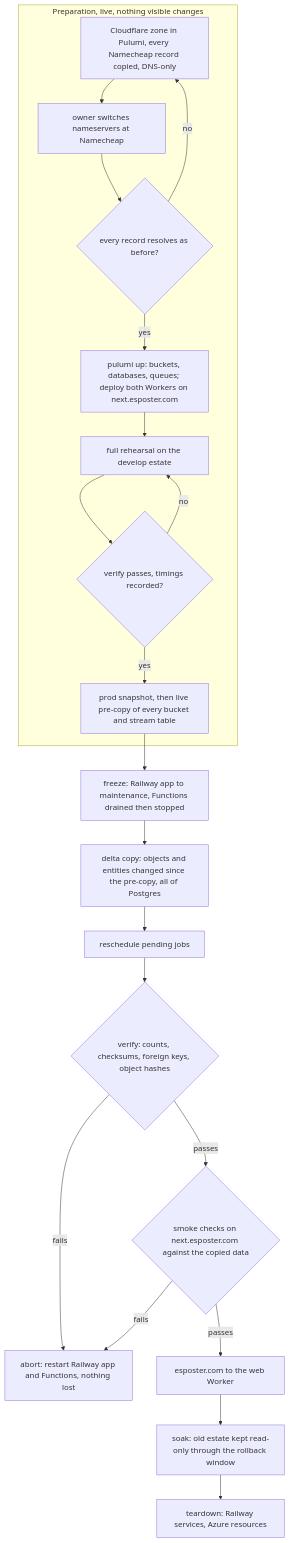
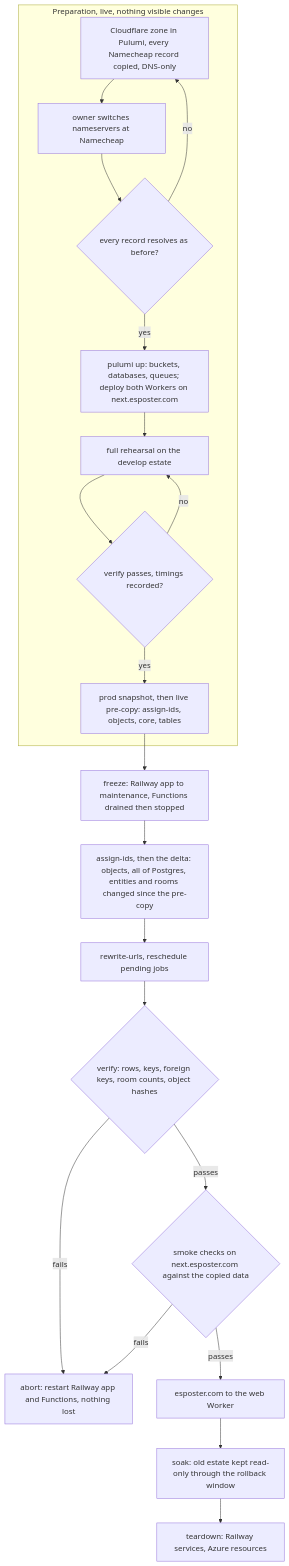
The diagram in openspec/changes/infra-cloudflare-cutover/design.md (Esposter/Esposter), drawn with Mermaid before and after one commit. The commit also changed other lines of this file, not shown here.

First line of the commit message:
docs(openspec): the cutover re-keys ids, re-issues credentials and imports messages into rooms

````diff
--- a/openspec/changes/infra-cloudflare-cutover/design.md
+++ b/openspec/changes/infra-cloudflare-cutover/design.md
@@ -20,23 +21,23 @@
 ```mermaid
 flowchart TD
   subgraph PREP["Preparation, live, nothing visible changes"]
     Z["Cloudflare zone in Pulumi, every Namecheap record copied, DNS-only"] --> NS["owner switches nameservers at Namecheap"]
     NS --> NSV{"every record resolves as before?"}
     NSV -->|"no"| Z
     NSV -->|"yes"| RES["pulumi up: buckets, databases, queues; deploy both Workers on next.esposter.com"]
     RES --> REH["full rehearsal on the develop estate"]
     REH --> REHV{"verify passes, timings recorded?"}
     REHV -->|"no"| REH
-    REHV -->|"yes"| PRE["prod snapshot, then live pre-copy of every bucket and stream table"]
+    REHV -->|"yes"| PRE["prod snapshot, then live pre-copy: assign-ids, objects, core, tables"]
   end
   PRE --> FREEZE["freeze: Railway app to maintenance, Functions drained then stopped"]
-  FREEZE --> DELTA["delta copy: objects and entities changed since the pre-copy, all of Postgres"]
-  DELTA --> RESCH["reschedule pending jobs"]
-  RESCH --> V{"verify: counts, checksums, foreign keys, object hashes"}
+  FREEZE --> DELTA["assign-ids, then the delta: objects, all of Postgres, entities and rooms changed since the pre-copy"]
+  DELTA --> RESCH["rewrite-urls, reschedule pending jobs"]
+  RESCH --> V{"verify: rows, keys, foreign keys, room counts, object hashes"}
   V -->|"fails"| ABORT["abort: restart Railway app and Functions, nothing lost"]
   V -->|"passes"| SMOKE{"smoke checks on next.esposter.com against the copied data"}
   SMOKE -->|"fails"| ABORT
   SMOKE -->|"passes"| SWITCH["esposter.com to the web Worker"]
   SWITCH --> SOAK["soak: old estate kept read-only through the rollback window"]
   SOAK --> TEAR["teardown: Railway services, Azure resources"]
 ```
````
